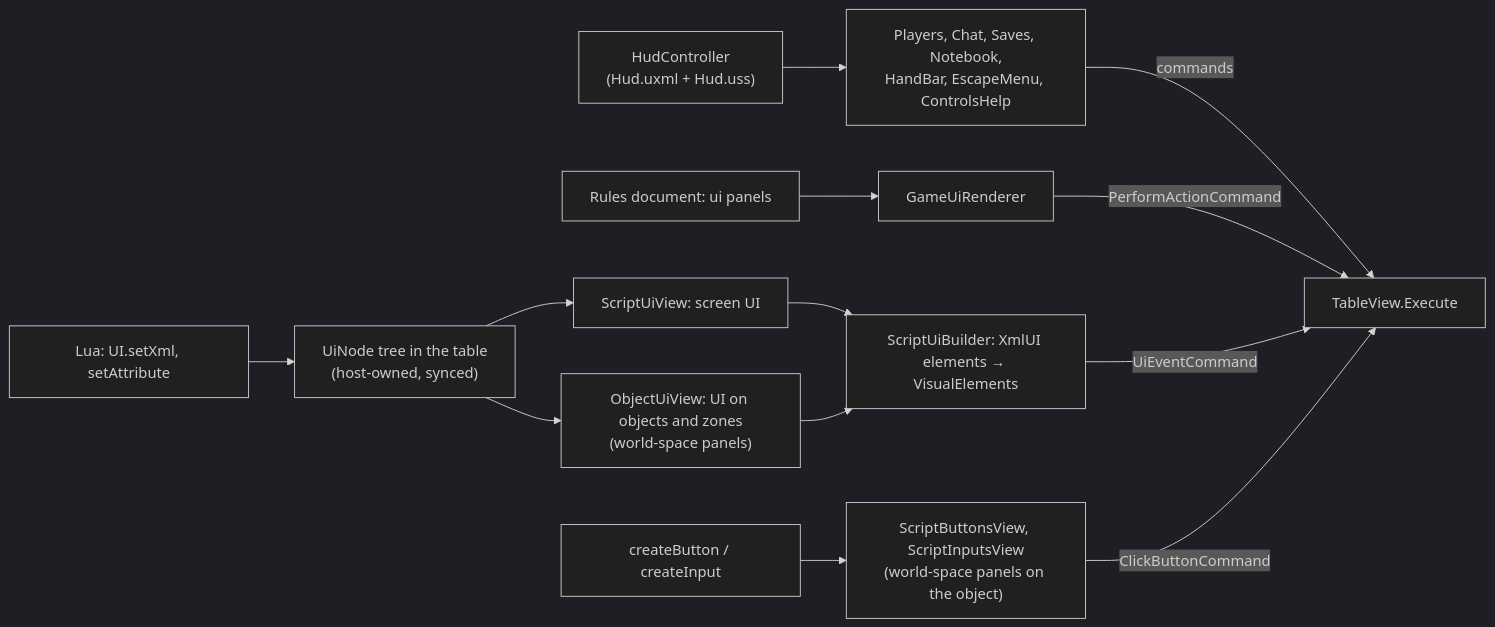
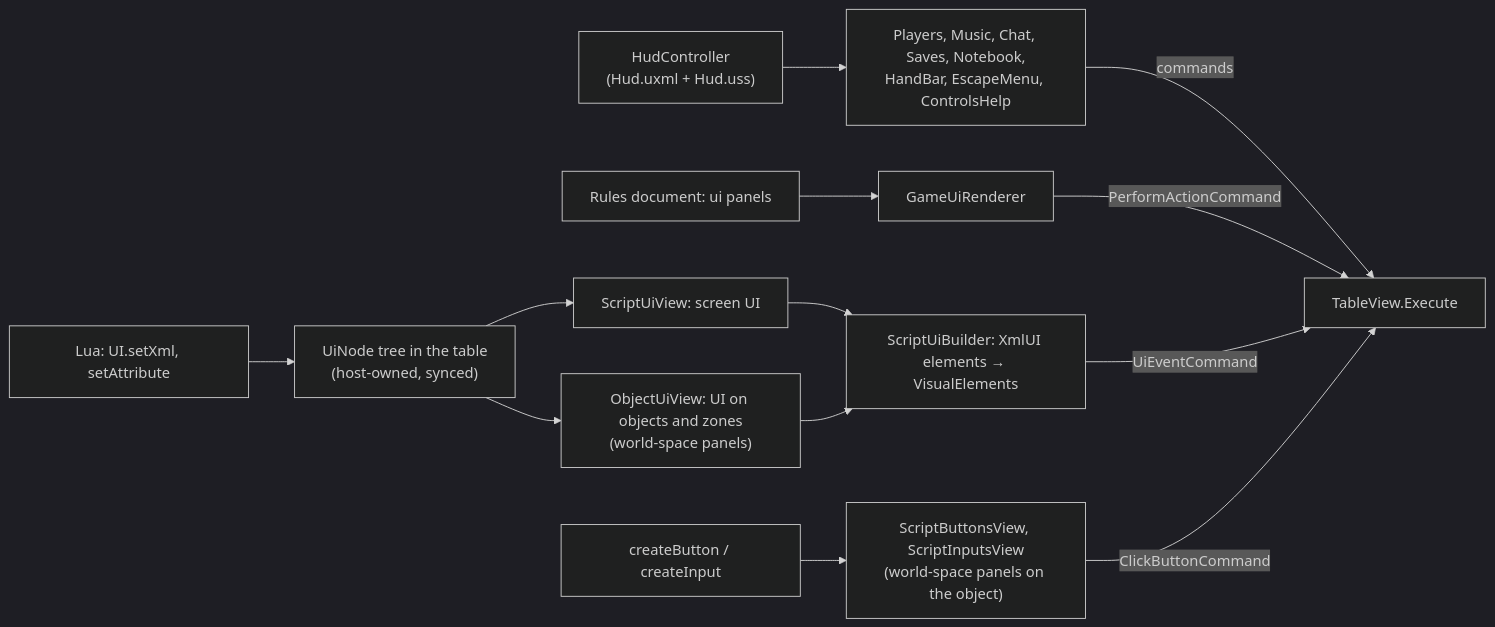
The diagram in docs/dev/flows/ui.md (Azg-stdio/table-world), drawn with Mermaid (dark theme) before and after one commit. The commit also changed other lines of this file and 65 other files, not shown here.

````diff
--- a/docs/dev/flows/ui.md
+++ b/docs/dev/flows/ui.md
@@ -10,15 +10,15 @@
 ```mermaid
 flowchart LR
-    hud["HudController<br/>(Hud.uxml + Hud.uss)"] --> panels["Players, Chat, Saves, Notebook,<br/>HandBar, EscapeMenu, ControlsHelp"]
+    hud["HudController<br/>(Hud.uxml + Hud.uss)"] --> panels["Players, Music, Chat, Saves, Notebook,<br/>HandBar, EscapeMenu, ControlsHelp"]
     rules["Rules document: ui panels"] --> gameui["GameUiRenderer"]
     lua["Lua: UI.setXml, setAttribute"] --> tree["UiNode tree in the table<br/>(host-owned, synced)"]
     tree --> screen["ScriptUiView: screen UI"]
     tree --> world["ObjectUiView: UI on objects and zones<br/>(world-space panels)"]
     screen --> builder["ScriptUiBuilder: XmlUI elements → VisualElements"]
     world --> builder
     buttons["createButton / createInput"] --> sbv["ScriptButtonsView, ScriptInputsView<br/>(world-space panels on the object)"]
     panels -- "commands" --> table["TableView.Execute"]
     gameui -- "PerformActionCommand" --> table
     builder -- "UiEventCommand" --> table
     sbv -- "ClickButtonCommand" --> table
 ```
````
